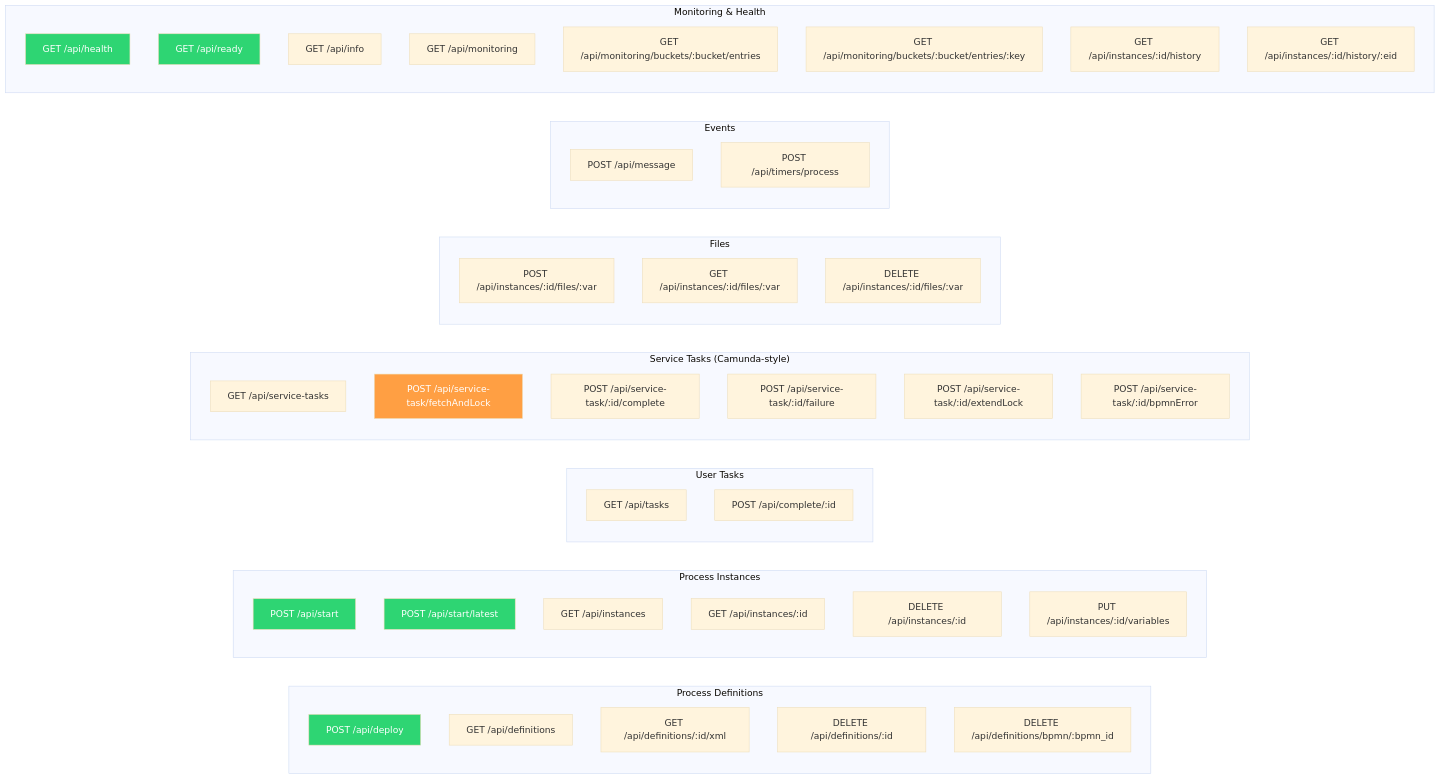
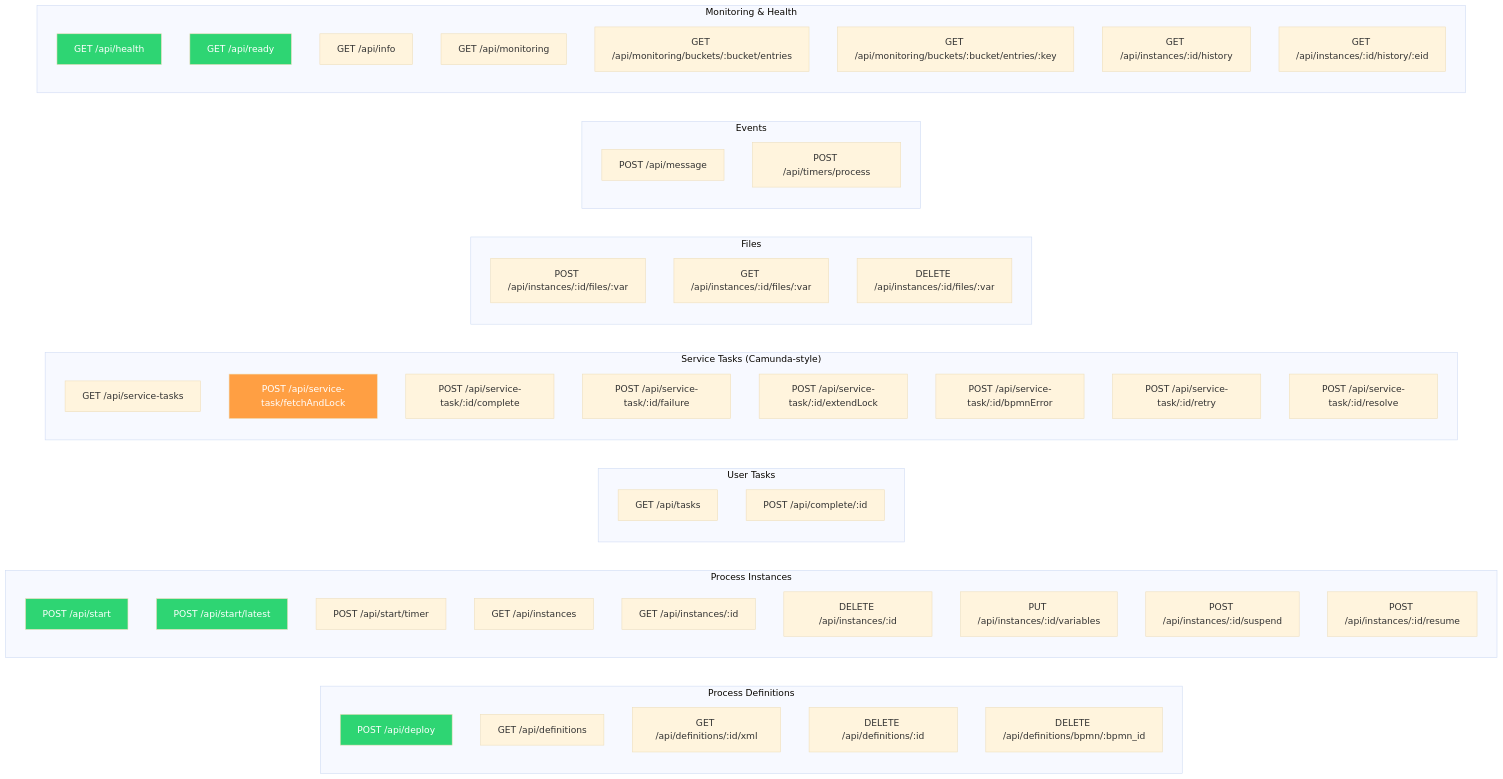
One commit to maatini/bpmninja changed the seventh of 8 diagrams in docs/architecture.md. Above: the diagram before and after it, drawn with Mermaid (base theme). The commit also changed other lines of this file and 3 other files, not shown here.

Commit message:
feat: add process instance suspend/resume, incident management, and timer start events with supporting API and UI updates

````diff
--- a/docs/architecture.md
+++ b/docs/architecture.md
@@ -441,62 +441,67 @@
 ```mermaid
 graph LR
     subgraph "Process Definitions"
         D1["POST /api/deploy"]
         D2["GET /api/definitions"]
         D3["GET /api/definitions/:id/xml"]
         D4["DELETE /api/definitions/:id"]
         D5["DELETE /api/definitions/bpmn/:bpmn_id"]
     end
     
     subgraph "Process Instances"
         I1["POST /api/start"]
         I1b["POST /api/start/latest"]
+        I1c["POST /api/start/timer"]
         I2["GET /api/instances"]
         I3["GET /api/instances/:id"]
         I4["DELETE /api/instances/:id"]
         I5["PUT /api/instances/:id/variables"]
+        I6["POST /api/instances/:id/suspend"]
+        I7["POST /api/instances/:id/resume"]
     end
     
     subgraph "User Tasks"
         T1["GET /api/tasks"]
         T2["POST /api/complete/:id"]
     end
     
     subgraph "Service Tasks (Camunda-style)"
         S1["GET /api/service-tasks"]
         S2["POST /api/service-task/fetchAndLock"]
         S3["POST /api/service-task/:id/complete"]
         S4["POST /api/service-task/:id/failure"]
         S5["POST /api/service-task/:id/extendLock"]
         S6["POST /api/service-task/:id/bpmnError"]
+        S7["POST /api/service-task/:id/retry"]
+        S8["POST /api/service-task/:id/resolve"]
     end
     
     subgraph "Files"
         F1["POST /api/instances/:id/files/:var"]
         F2["GET /api/instances/:id/files/:var"]
         F3["DELETE /api/instances/:id/files/:var"]
     end
     
     subgraph "Events"
         E1["POST /api/message"]
         E2["POST /api/timers/process"]
     end
     
     subgraph "Monitoring & Health"
         M0["GET /api/health"]
         M0b["GET /api/ready"]
         M1["GET /api/info"]
         M2["GET /api/monitoring"]
         M2b["GET /api/monitoring/buckets/:bucket/entries"]
         M2c["GET /api/monitoring/buckets/:bucket/entries/:key"]
         M3["GET /api/instances/:id/history"]
         M3b["GET /api/instances/:id/history/:eid"]
     end
     
     style D1 fill:#2ed573,color:#fff
     style I1 fill:#2ed573,color:#fff
     style I1b fill:#2ed573,color:#fff
     style S2 fill:#ff9f43,color:#fff
     style M0 fill:#2ed573,color:#fff
     style M0b fill:#2ed573,color:#fff
 ```
````
